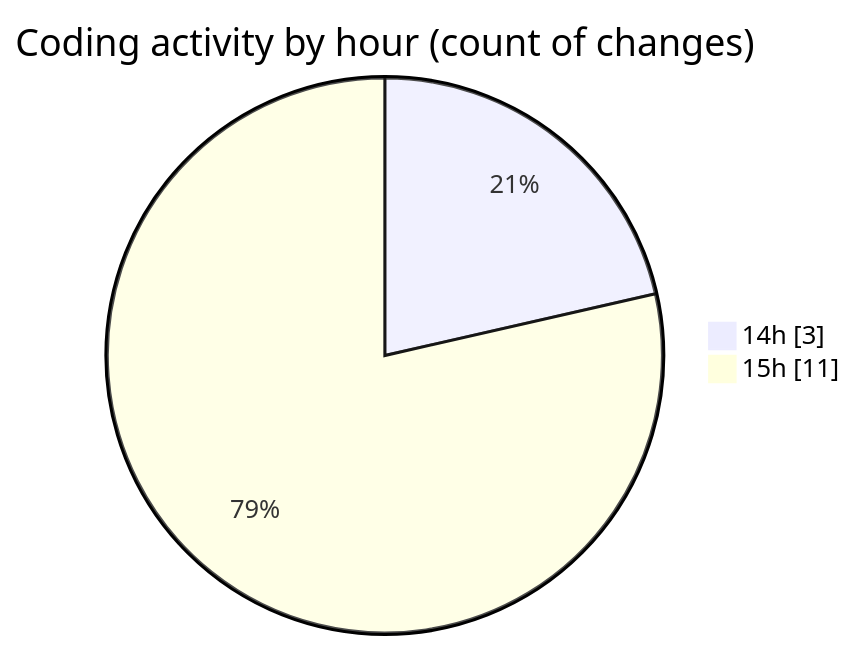
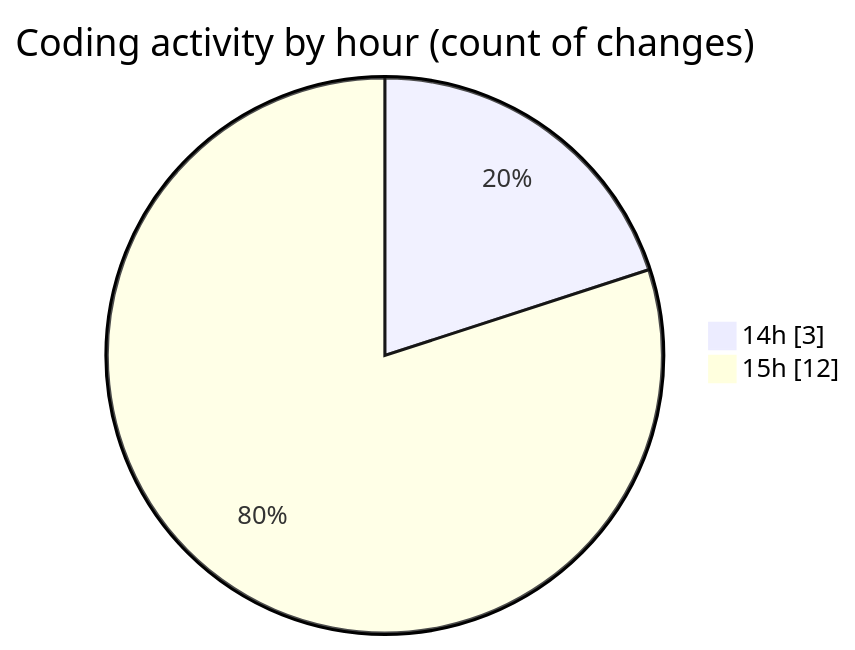
Before and after one commit to idhammustaqopulfikri/code-tracking: the second of 2 diagrams in 2025-05-30/studio-backend/README.md, drawn with Mermaid. The commit also changed other lines of this file and 1 other file, not shown here.

````diff
--- a/2025-05-30/studio-backend/README.md
+++ b/2025-05-30/studio-backend/README.md
@@ -35,6 +36,6 @@
 ```mermaid
 pie showData
 title Coding activity by hour (count of changes)
 "14h" : 3
-"15h" : 11
+"15h" : 12
 ```
````
